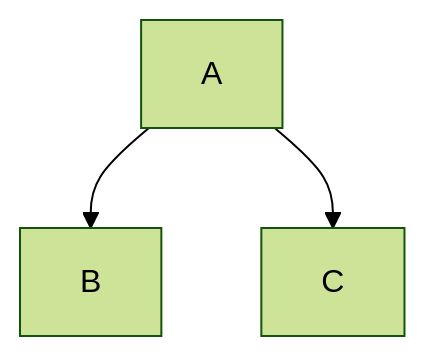
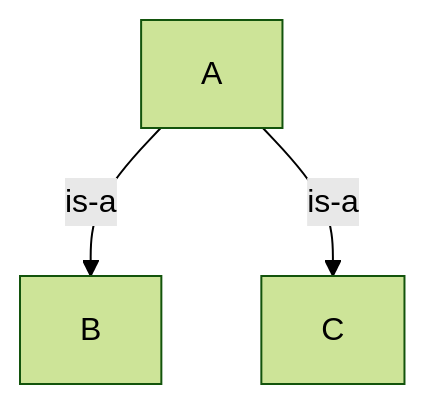
The third of 5 diagrams in TypesOfInheritance.md (chanduujjina/JSE_Practice_2025_B1), drawn with Mermaid (forest theme) before and after one commit. The commit also changed other lines of this file, not shown here.

````diff
--- a/TypesOfInheritance.md
+++ b/TypesOfInheritance.md
@@ -22,6 +22,6 @@
 ```mermaid
 graph TD;
-    A-->B;
-    A-->C
+    A-->|is-a|B;
+    A-->|is-a|C
     
 ```
````
